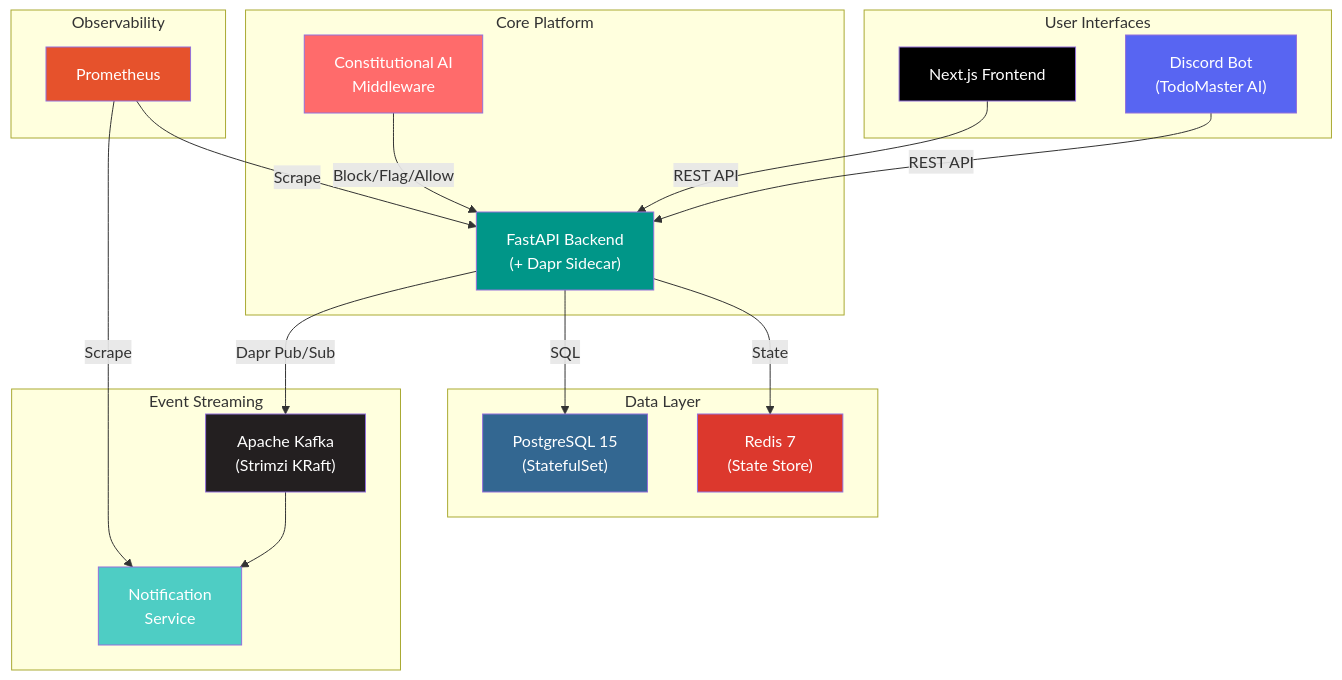
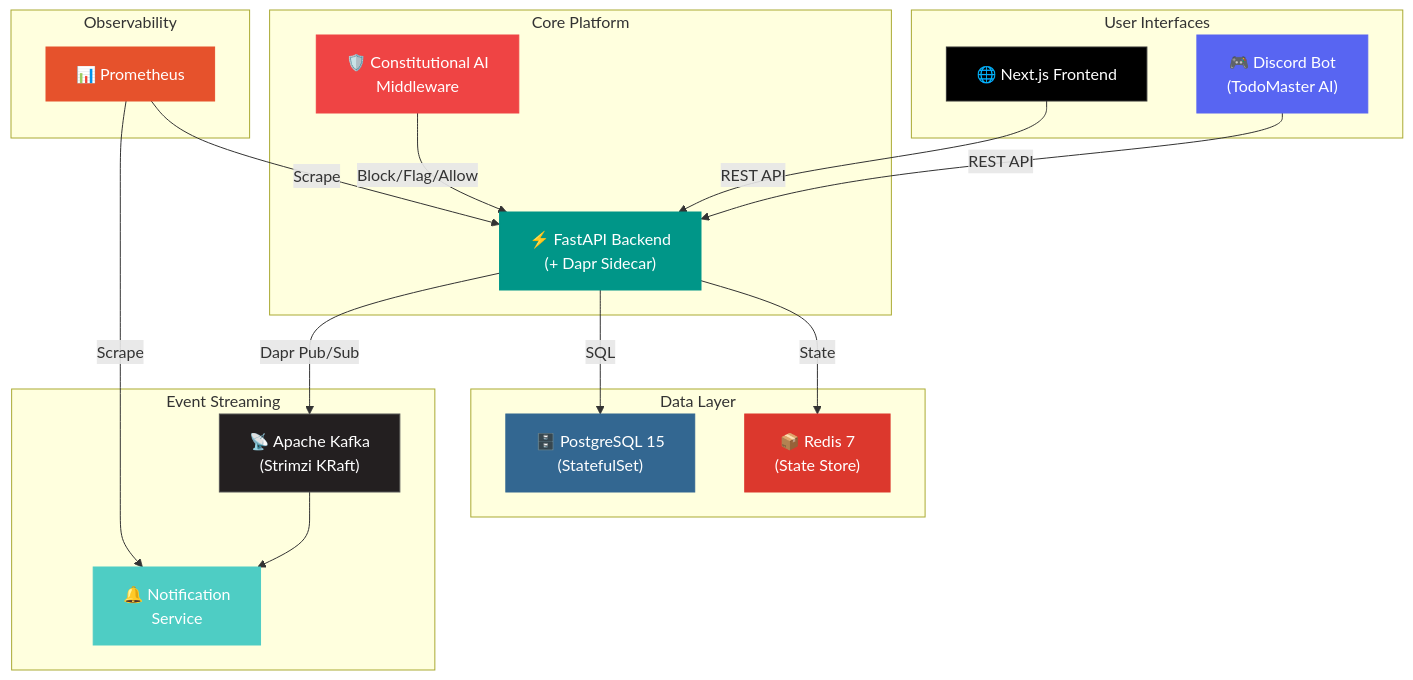
One commit to asadullah48/asadullah48 changed the first of 2 diagrams in README.md. Above: the diagram before and after it, drawn with Mermaid. The commit also changed other lines of this file, not shown here.

````diff
--- a/README.md
+++ b/README.md
@@ -65,46 +82,46 @@
 ```mermaid
 graph TD
     subgraph "User Interfaces"
-        A["Discord Bot<br/>(TodoMaster AI)"]
-        C["Next.js Frontend"]
+        A["🎮 Discord Bot<br/>(TodoMaster AI)"]
+        C["🌐 Next.js Frontend"]
     end
 
     subgraph "Core Platform"
-        B["FastAPI Backend<br/>(+ Dapr Sidecar)"]
-        I["Constitutional AI<br/>Middleware"]
+        B["⚡ FastAPI Backend<br/>(+ Dapr Sidecar)"]
+        I["🛡️ Constitutional AI<br/>Middleware"]
     end
 
     subgraph "Data Layer"
-        D["PostgreSQL 15<br/>(StatefulSet)"]
-        H["Redis 7<br/>(State Store)"]
+        D["🗄️ PostgreSQL 15<br/>(StatefulSet)"]
+        H["📦 Redis 7<br/>(State Store)"]
     end
 
     subgraph "Event Streaming"
-        E["Apache Kafka<br/>(Strimzi KRaft)"]
-        F["Notification<br/>Service"]
+        E["📡 Apache Kafka<br/>(Strimzi KRaft)"]
+        F["🔔 Notification<br/>Service"]
     end
 
     subgraph "Observability"
-        G["Prometheus"]
+        G["📊 Prometheus"]
     end
 
     A -->|REST API| B
     C -->|REST API| B
     I -->|Block/Flag/Allow| B
     B -->|SQL| D
     B -->|State| H
     B -->|Dapr Pub/Sub| E
     E --> F
     G -->|Scrape| B
     G -->|Scrape| F
 
-    style A fill:#5865F2,color:#fff
-    style C fill:#000000,color:#fff
-    style B fill:#009688,color:#fff
-    style I fill:#ff6b6b,color:#fff
-    style D fill:#336791,color:#fff
-    style H fill:#DC382D,color:#fff
-    style E fill:#231f20,color:#fff
-    style F fill:#4ECDC4,color:#fff
-    style G fill:#e6522c,color:#fff
+    style A fill:#5865F2,color:#fff,stroke:#5865F2
+    style C fill:#000000,color:#fff,stroke:#333
+    style B fill:#009688,color:#fff,stroke:#009688
+    style I fill:#EF4444,color:#fff,stroke:#EF4444
+    style D fill:#336791,color:#fff,stroke:#336791
+    style H fill:#DC382D,color:#fff,stroke:#DC382D
+    style E fill:#231f20,color:#fff,stroke:#555
+    style F fill:#4ECDC4,color:#fff,stroke:#4ECDC4
+    style G fill:#e6522c,color:#fff,stroke:#e6522c
 ```
````
